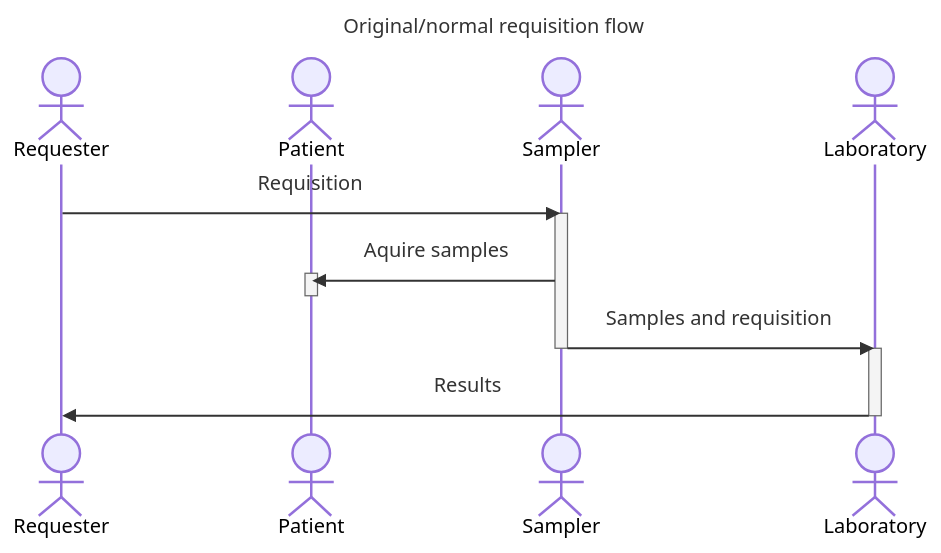
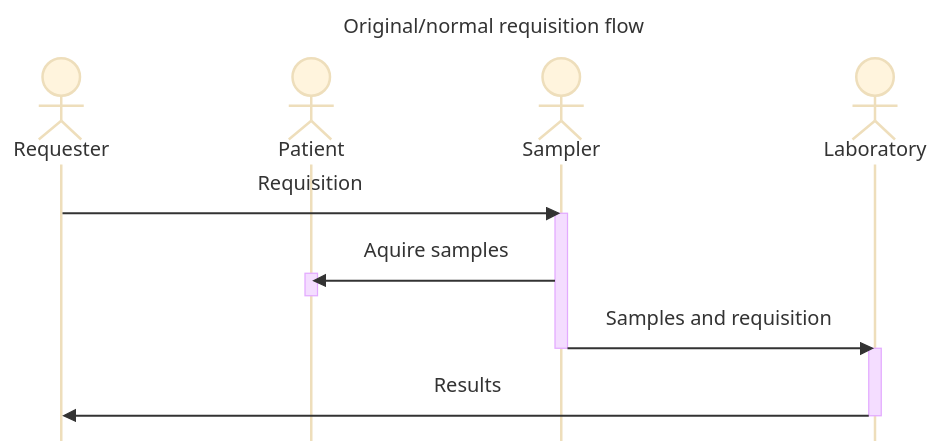
One commit to HL7Norway/PasientensRekvisisjoner-Parek changed the first of 3 diagrams in ParekIG/input/pagecontent/index.md. Above: the diagram before and after it, drawn with Mermaid. The commit also changed other lines of this file, not shown here.

Commit message:
Use init directives in correct diagram

````diff
--- a/ParekIG/input/pagecontent/index.md
+++ b/ParekIG/input/pagecontent/index.md
@@ -4,29 +4,29 @@
 ```mermaid
 ---
 title: Original/normal requisition flow
 ---
-sequenceDiagram
 %%{init: {
     'sequence': {
-        'mirrorActors':false},
+        'mirrorActors':false,
         'useMaxHeigth': 0
         },
-    'theme': 'base'}
-    }%%
-
+    'theme': 'base'
+    }
+}%%
+sequenceDiagram
     actor Requester
     actor Patient
     actor Sampler
     actor Laboratory
 
     Requester->>Sampler: Requisition
     activate Sampler
     Sampler->>Patient: Aquire samples
     activate Patient
     deactivate Patient
     Sampler->>Laboratory: Samples and requisition
     deactivate Sampler
     activate Laboratory
     Laboratory->>Requester: Results
     deactivate Laboratory
 ```
````
